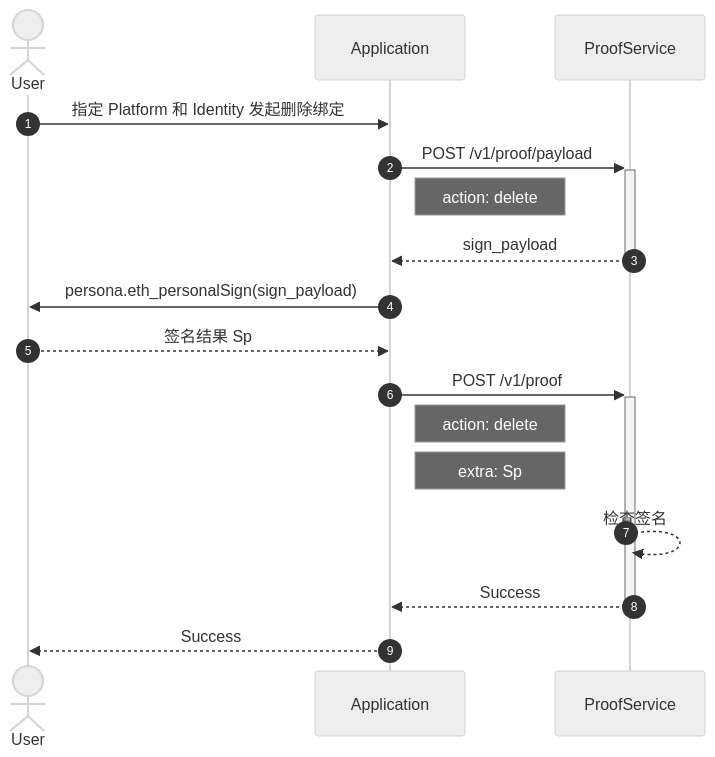
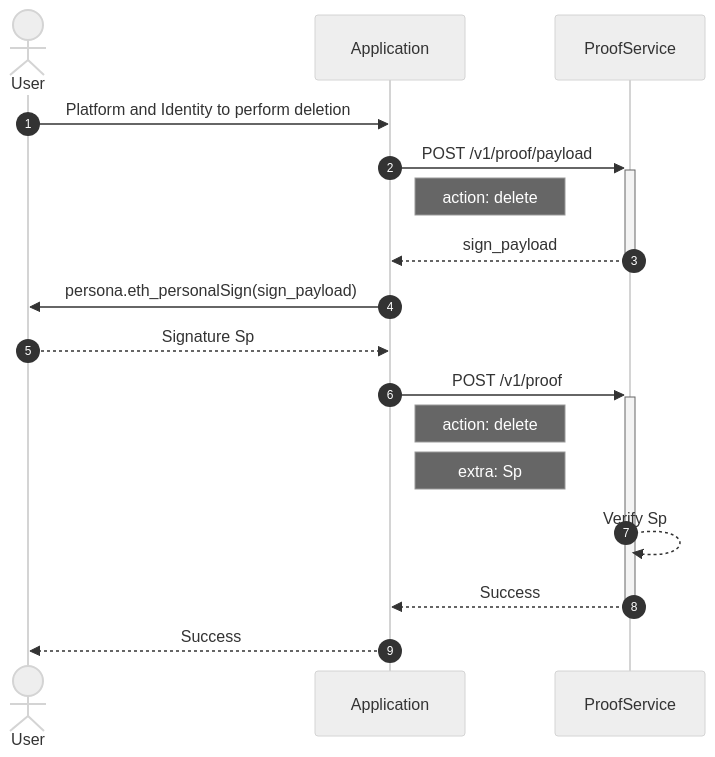
The third of 3 diagrams in i18n/zh-Hans/docusaurus-plugin-content-docs/current/proof-service/flow.md (NextDotID/docs), drawn with Mermaid (neutral theme) before and after one commit. The commit also changed other lines of this file and 61 other files, not shown here.

````diff
--- a/i18n/zh-Hans/docusaurus-plugin-content-docs/current/proof-service/flow.md
+++ b/i18n/zh-Hans/docusaurus-plugin-content-docs/current/proof-service/flow.md
@@ -89,21 +91,21 @@
 ```mermaid
 sequenceDiagram
     autonumber
     actor U as User
     participant A as Application
     participant PS as ProofService
 
-    U ->> A : 指定 Platform 和 Identity 发起删除绑定
+    U ->> A : Platform and Identity to perform deletion
     A ->>+ PS : POST /v1/proof/payload
     note right of A: action: delete
     PS -->>- A : sign_payload
     A ->> U : persona.eth_personalSign(sign_payload)
-    U -->> A : 签名结果 Sp
+    U -->> A : Signature Sp
     A ->>+ PS : POST /v1/proof
     note right of A: action: delete
     note right of A: extra: Sp
-    PS -->> PS : 检查签名
+    PS -->> PS : Verify Sp
     PS -->>- A : Success
     A -->> U : Success
 
 ```
````
